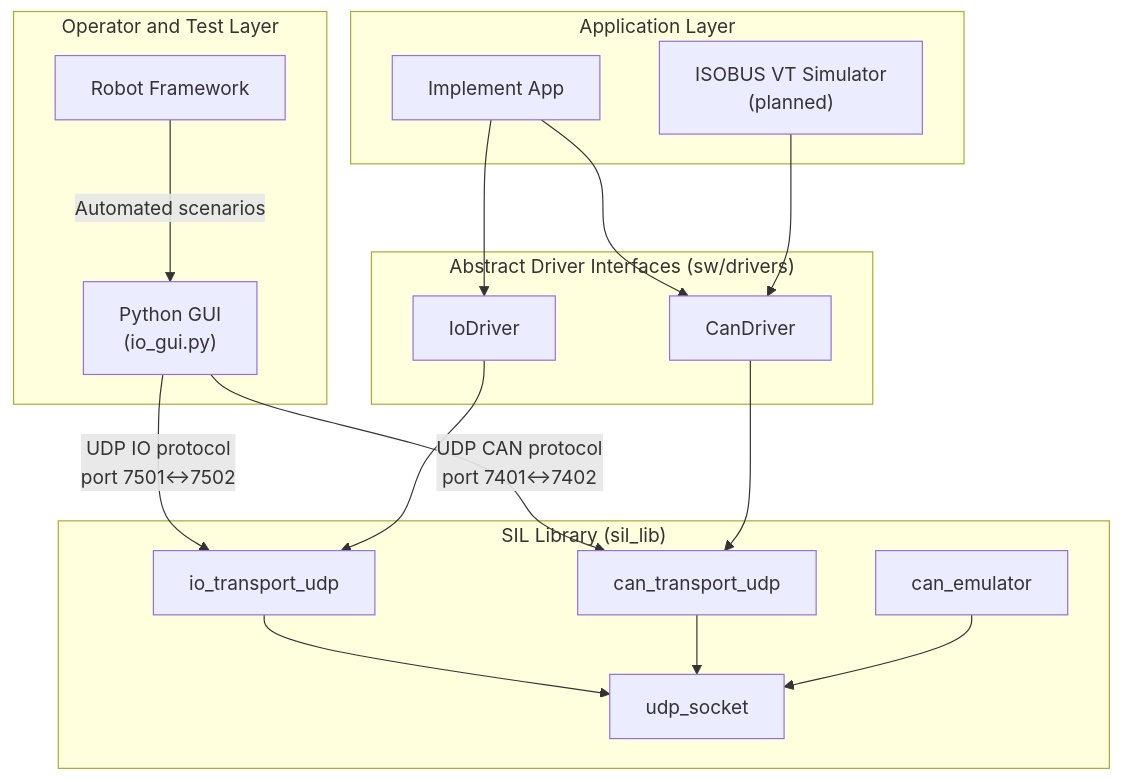
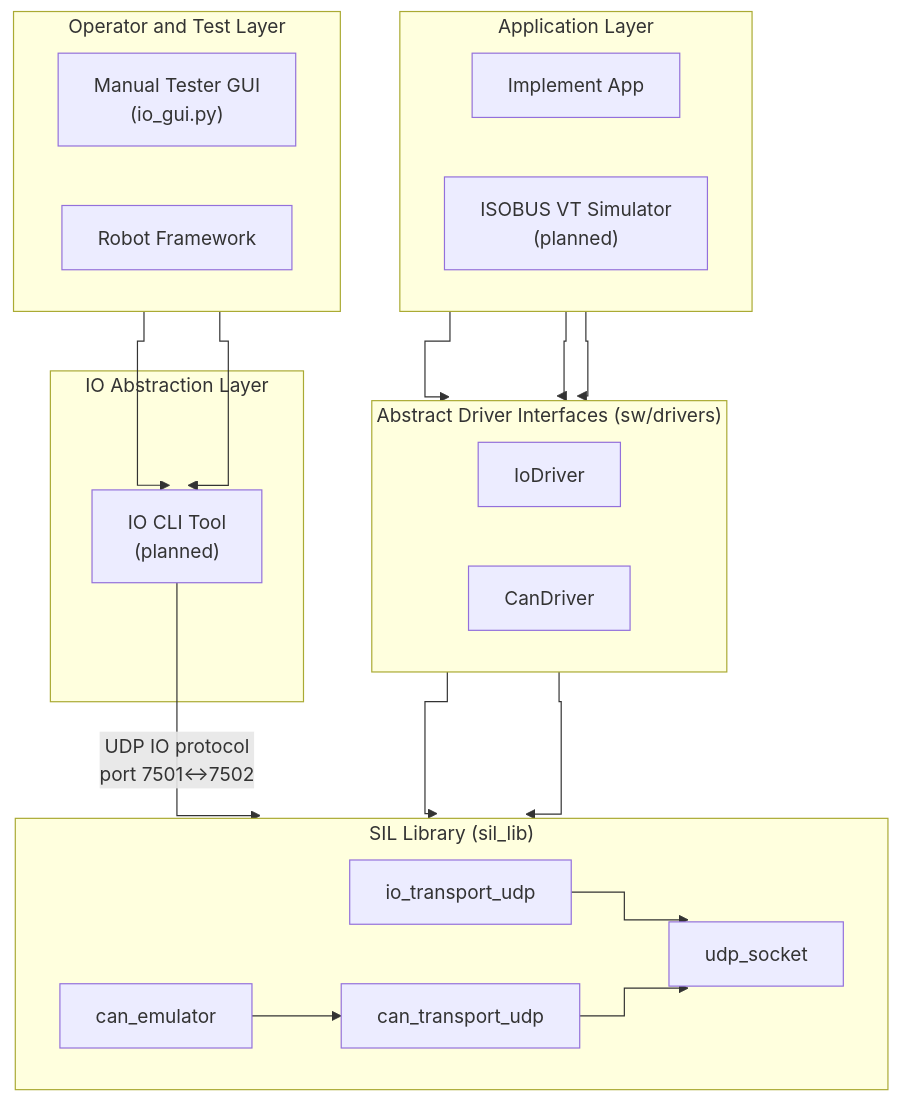
Before and after one commit to ef12/SIL: the first of 3 diagrams in sil_lib/SDD_sil_lib.md, drawn with Mermaid. The commit also changed other lines of this file, not shown here.

Commit message:
Refactor SDD: Update documentation for IO CLI abstraction layer and clarify GUI references

````diff
--- a/sil_lib/SDD_sil_lib.md
+++ b/sil_lib/SDD_sil_lib.md
@@ -117,39 +120,52 @@
 ```mermaid
+---
+config:
+  flowchart:
+    curve: stepBefore
+---
 flowchart TB
   subgraph TestAndOperator["Operator and Test Layer"]
-    GUI["Python GUI\n(io_gui.py)"]
+    direction LR
+    GUI["Manual Tester GUI\n(io_gui.py)"]
     RF["Robot Framework"]
   end
 
+  subgraph CLI["IO Abstraction Layer"]
+    IO_CLI["IO CLI Tool\n(planned)"]
+  end
+
   subgraph AppLayer["Application Layer"]
+    direction LR
     IMPLEMENT["Implement App"]
     VT["ISOBUS VT Simulator\n(planned)"]
   end
 
   subgraph SilLib["SIL Library (sil_lib)"]
+    direction LR
     IO_TRANSPORT["io_transport_udp"]
+    CANEMU["can_emulator"]
     CAN_TRANSPORT["can_transport_udp"]
-    CANEMU["can_emulator"]
     UDP["udp_socket"]
   end
 
   subgraph Drivers["Abstract Driver Interfaces (sw/drivers)"]
+    direction LR
     IO_DRV["IoDriver"]
     CAN_DRV["CanDriver"]
   end
 
-  GUI -->|UDP IO protocol\nport 7501↔7502| IO_TRANSPORT
-  GUI -->|UDP CAN protocol\nport 7401↔7402| CAN_TRANSPORT
-  RF -->|Automated scenarios| GUI
+  GUI --> IO_CLI
+  RF --> IO_CLI
+  IO_CLI -->|UDP IO protocol\nport 7501↔7502| IO_TRANSPORT
 
   IMPLEMENT --> IO_DRV
   IMPLEMENT --> CAN_DRV
   VT --> CAN_DRV
 
   IO_DRV --> IO_TRANSPORT
-  CAN_DRV --> CAN_TRANSPORT
+  CAN_DRV --> CANEMU
+  CANEMU --> CAN_TRANSPORT
 
   IO_TRANSPORT --> UDP
   CAN_TRANSPORT --> UDP
-  CANEMU --> UDP
 ```
````
